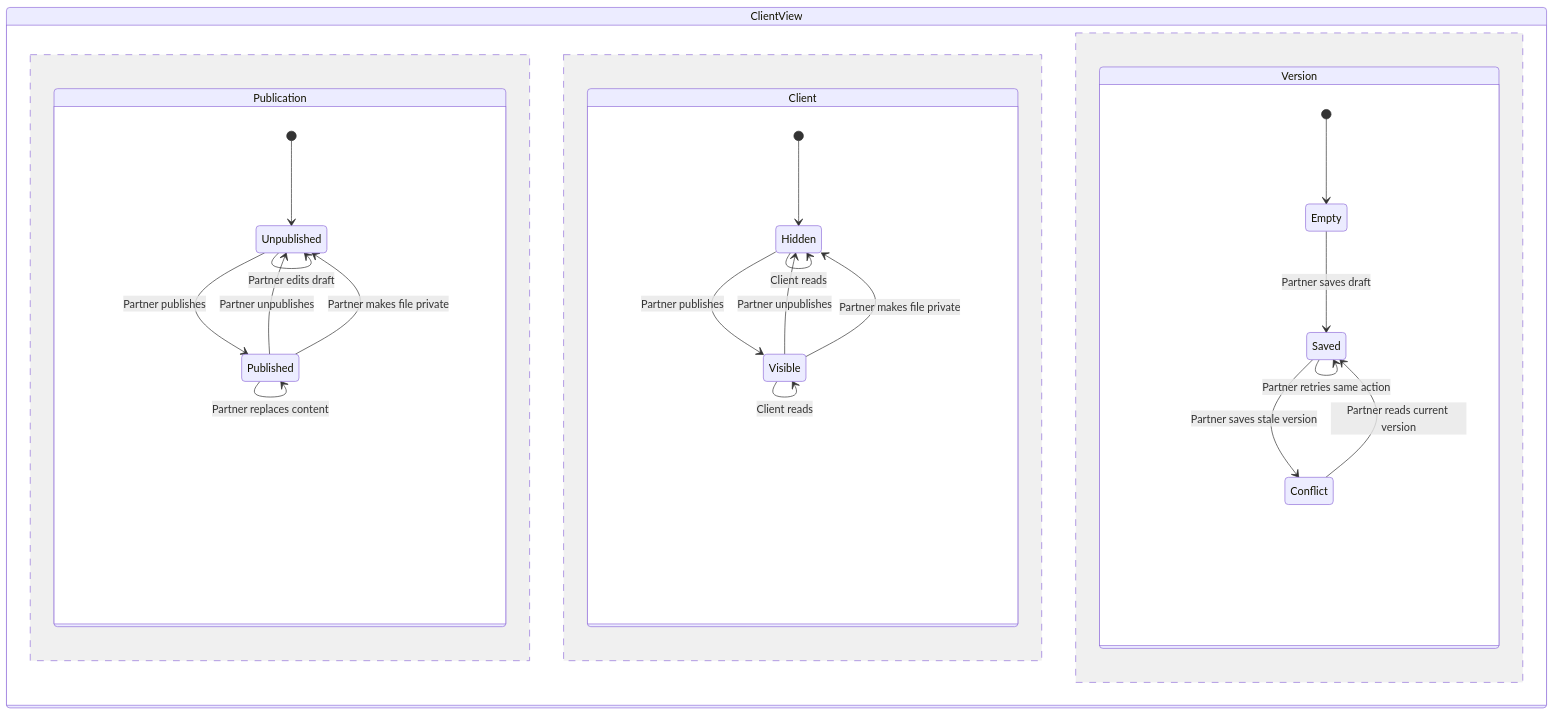
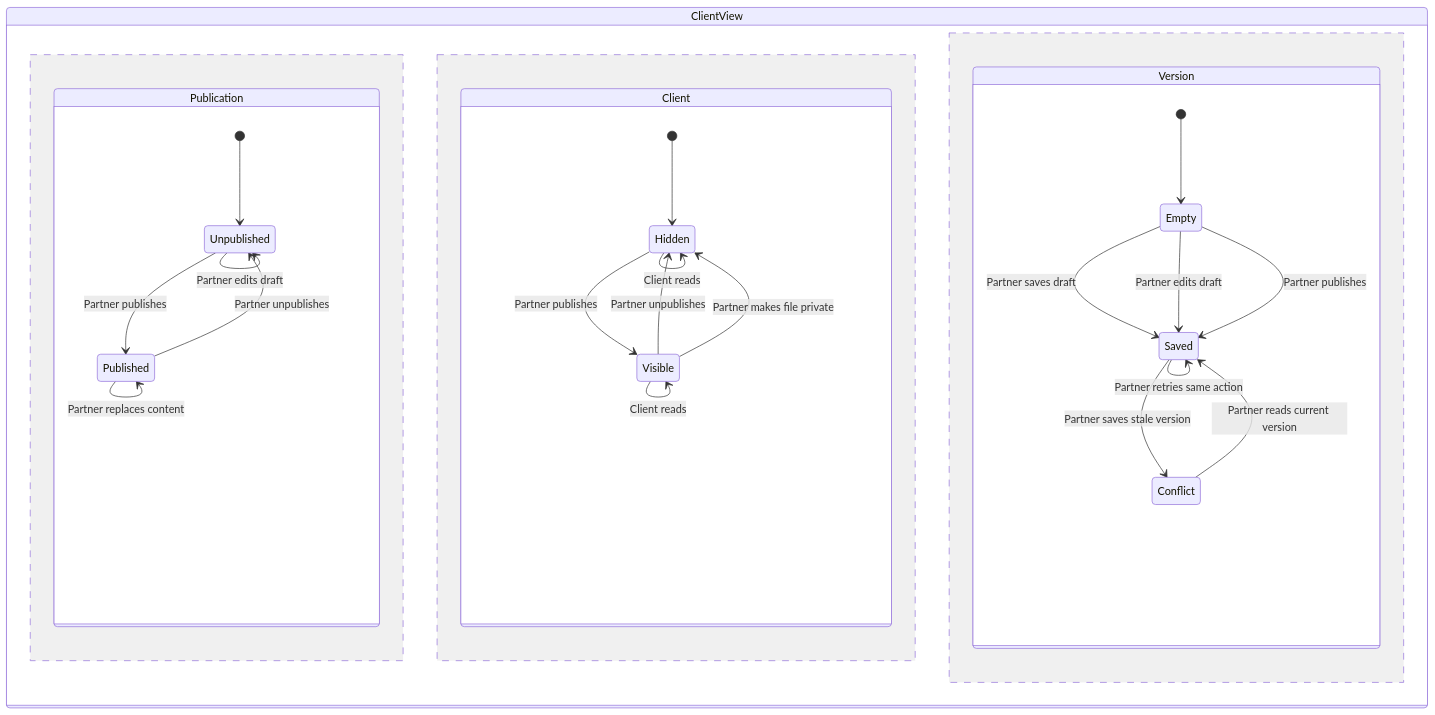
The diagram in workspace/statecharts/wr586-s4-publications/chart.mmd (DoctorCRE/carr-system), drawn with Mermaid before and after one commit. The commit also changed 4 other files, not shown here.

```diff
--- a/workspace/statecharts/wr586-s4-publications/chart.mmd
+++ b/workspace/statecharts/wr586-s4-publications/chart.mmd
@@ -1,32 +1,43 @@
 stateDiagram-v2
  state ClientView {
   state Publication {
    [*] --> Unpublished
    Unpublished --> Published: Partner publishes
+   Published --> Published: Partner publishes
    Published --> Unpublished: Partner unpublishes
-   Published --> Unpublished: Partner makes file private
+   Published --> Published: Partner makes file private
    Published --> Published: Partner replaces content
    Unpublished --> Unpublished: Partner edits draft
   }
   --
   state Client {
    [*] --> Hidden
    Hidden --> Visible: Partner publishes
+   Visible --> Visible: Partner publishes
    Visible --> Hidden: Partner unpublishes
+   Hidden --> Hidden: Partner unpublishes
    Visible --> Hidden: Partner makes file private
+   Hidden --> Hidden: Partner makes file private
    Visible --> Visible: Partner replaces content
    Hidden --> Hidden: Partner edits draft
    Hidden --> Hidden: Client reads
    Visible --> Visible: Client reads
   }
   --
   state Version {
    [*] --> Empty
    Empty --> Saved: Partner saves draft
+   Empty --> Saved: Partner edits draft
+   Empty --> Saved: Partner publishes
+   Saved --> Saved: Partner publishes
+   Saved --> Saved: Partner unpublishes
+   Saved --> Saved: Partner replaces content
+   Saved --> Saved: Partner edits draft
    Saved --> Saved: Partner saves matching version
    Saved --> Saved: Partner retries same action
    Saved --> Conflict: Partner saves stale version
    Conflict --> Saved: Partner reads current version
   }
  }
  %% never OnlyPublished: Unpublished & Visible -- Unpublished items never appear to the client
+ %% never RecordRequired: Published & Empty -- A published item always has a saved version
```
